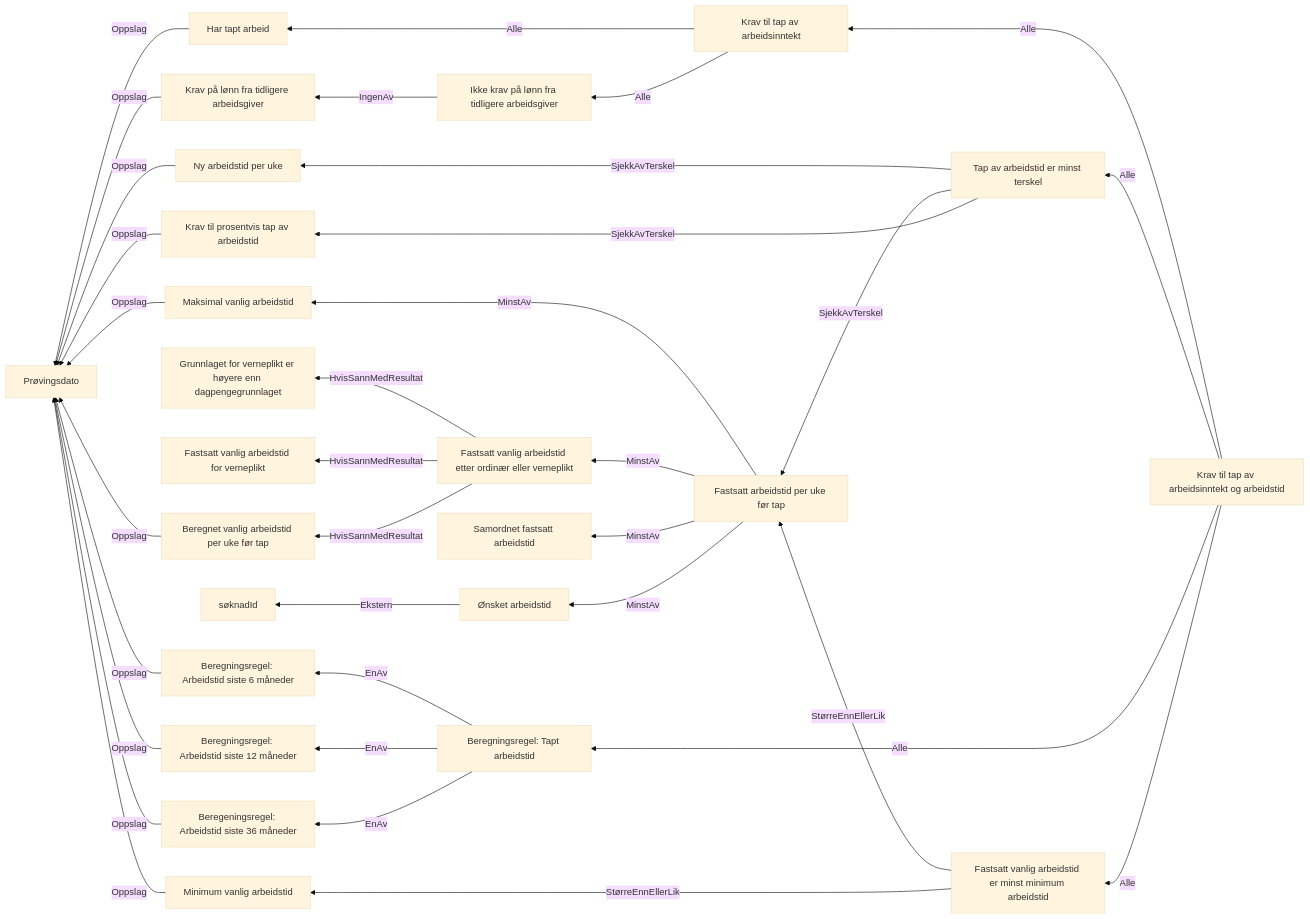
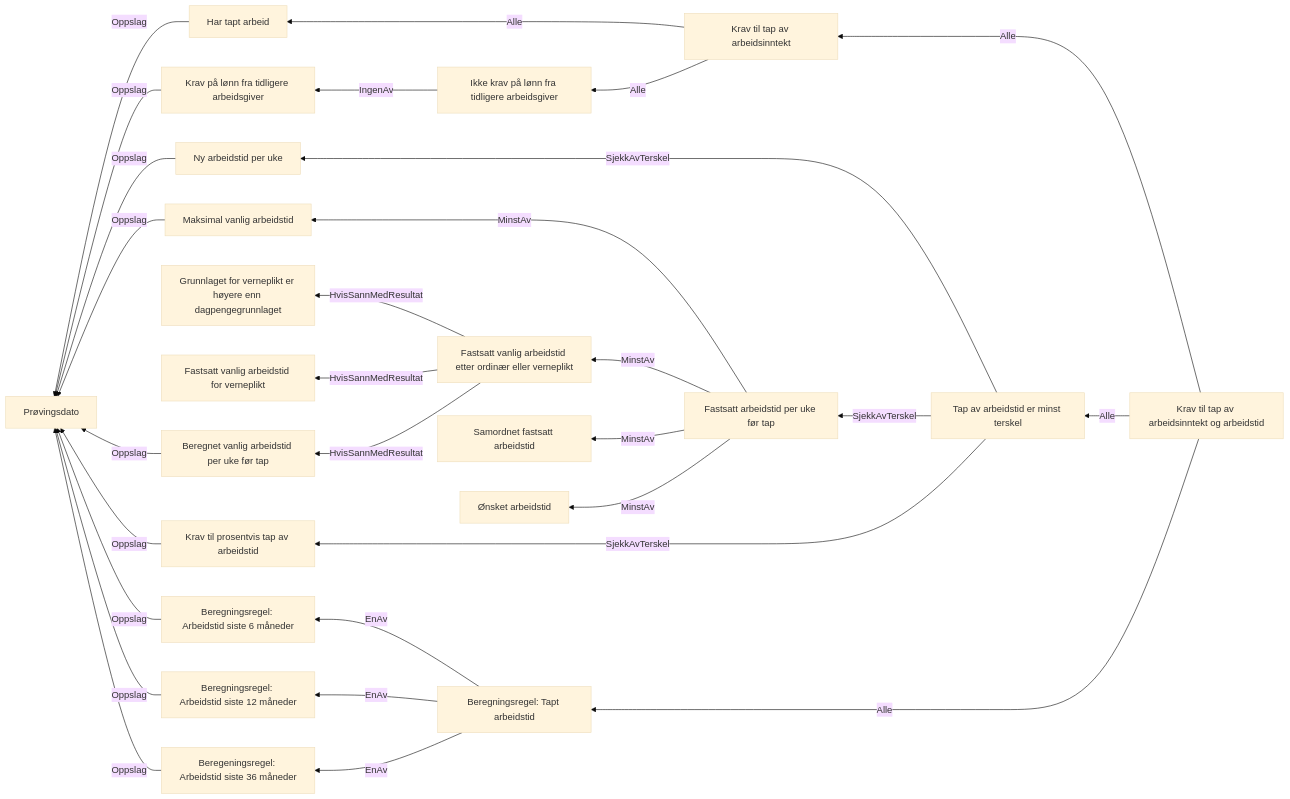
The diagram in docs/regler/§ 4-3. Tap av arbeidsinntekt og arbeidstid.approved.md (navikt/dp-vedtak), drawn with Mermaid (base theme) before and after one commit. The commit also changed 15 other files, not shown here.

Commit message:
Flytt vurdering av ønsket arbeidstid til reell arbeidssøker

````diff
--- a/docs/regler/§ 4-3. Tap av arbeidsinntekt og arbeidstid.approved.md
+++ b/docs/regler/§ 4-3. Tap av arbeidsinntekt og arbeidstid.approved.md
@@ -5,36 +5,31 @@
 ```mermaid
 graph RL
-  A["Ønsket arbeidstid"] -->|"Ekstern"| B["søknadId"]
-  C["Har tapt arbeid"] -->|"Oppslag"| D["Prøvingsdato"]
-  E["Krav på lønn fra tidligere arbeidsgiver"] -->|"Oppslag"| D["Prøvingsdato"]
-  F["Ikke krav på lønn fra tidligere arbeidsgiver"] -->|"IngenAv"| E["Krav på lønn fra tidligere arbeidsgiver"]
-  G["Krav til tap av arbeidsinntekt"] -->|"Alle"| C["Har tapt arbeid"]
-  G["Krav til tap av arbeidsinntekt"] -->|"Alle"| F["Ikke krav på lønn fra tidligere arbeidsgiver"]
-  H["Krav til prosentvis tap av arbeidstid"] -->|"Oppslag"| D["Prøvingsdato"]
-  I["Beregningsregel: Arbeidstid siste 6 måneder"] -->|"Oppslag"| D["Prøvingsdato"]
-  J["Beregningsregel: Arbeidstid siste 12 måneder"] -->|"Oppslag"| D["Prøvingsdato"]
-  K["Beregeningsregel: Arbeidstid siste 36 måneder"] -->|"Oppslag"| D["Prøvingsdato"]
-  L["Beregnet vanlig arbeidstid per uke før tap"] -->|"Oppslag"| D["Prøvingsdato"]
-  M["Fastsatt vanlig arbeidstid etter ordinær eller verneplikt"] -->|"HvisSannMedResultat"| N["Grunnlaget for verneplikt er høyere enn dagpengegrunnlaget"]
-  M["Fastsatt vanlig arbeidstid etter ordinær eller verneplikt"] -->|"HvisSannMedResultat"| O["Fastsatt vanlig arbeidstid for verneplikt"]
-  M["Fastsatt vanlig arbeidstid etter ordinær eller verneplikt"] -->|"HvisSannMedResultat"| L["Beregnet vanlig arbeidstid per uke før tap"]
-  P["Ny arbeidstid per uke"] -->|"Oppslag"| D["Prøvingsdato"]
-  Q["Maksimal vanlig arbeidstid"] -->|"Oppslag"| D["Prøvingsdato"]
-  R["Minimum vanlig arbeidstid"] -->|"Oppslag"| D["Prøvingsdato"]
-  S["Fastsatt arbeidstid per uke før tap"] -->|"MinstAv"| Q["Maksimal vanlig arbeidstid"]
-  S["Fastsatt arbeidstid per uke før tap"] -->|"MinstAv"| M["Fastsatt vanlig arbeidstid etter ordinær eller verneplikt"]
-  S["Fastsatt arbeidstid per uke før tap"] -->|"MinstAv"| T["Samordnet fastsatt arbeidstid"]
-  S["Fastsatt arbeidstid per uke før tap"] -->|"MinstAv"| A["Ønsket arbeidstid"]
-  U["Fastsatt vanlig arbeidstid er minst minimum arbeidstid"] -->|"StørreEnnEllerLik"| S["Fastsatt arbeidstid per uke før tap"]
-  U["Fastsatt vanlig arbeidstid er minst minimum arbeidstid"] -->|"StørreEnnEllerLik"| R["Minimum vanlig arbeidstid"]
-  V["Tap av arbeidstid er minst terskel"] -->|"SjekkAvTerskel"| P["Ny arbeidstid per uke"]
-  V["Tap av arbeidstid er minst terskel"] -->|"SjekkAvTerskel"| S["Fastsatt arbeidstid per uke før tap"]
-  V["Tap av arbeidstid er minst terskel"] -->|"SjekkAvTerskel"| H["Krav til prosentvis tap av arbeidstid"]
-  W["Beregningsregel: Tapt arbeidstid"] -->|"EnAv"| I["Beregningsregel: Arbeidstid siste 6 måneder"]
-  W["Beregningsregel: Tapt arbeidstid"] -->|"EnAv"| J["Beregningsregel: Arbeidstid siste 12 måneder"]
-  W["Beregningsregel: Tapt arbeidstid"] -->|"EnAv"| K["Beregeningsregel: Arbeidstid siste 36 måneder"]
-  X["Krav til tap av arbeidsinntekt og arbeidstid"] -->|"Alle"| G["Krav til tap av arbeidsinntekt"]
-  X["Krav til tap av arbeidsinntekt og arbeidstid"] -->|"Alle"| V["Tap av arbeidstid er minst terskel"]
-  X["Krav til tap av arbeidsinntekt og arbeidstid"] -->|"Alle"| W["Beregningsregel: Tapt arbeidstid"]
-  X["Krav til tap av arbeidsinntekt og arbeidstid"] -->|"Alle"| U["Fastsatt vanlig arbeidstid er minst minimum arbeidstid"]
+  A["Har tapt arbeid"] -->|"Oppslag"| B["Prøvingsdato"]
+  C["Krav på lønn fra tidligere arbeidsgiver"] -->|"Oppslag"| B["Prøvingsdato"]
+  D["Ikke krav på lønn fra tidligere arbeidsgiver"] -->|"IngenAv"| C["Krav på lønn fra tidligere arbeidsgiver"]
+  E["Krav til tap av arbeidsinntekt"] -->|"Alle"| A["Har tapt arbeid"]
+  E["Krav til tap av arbeidsinntekt"] -->|"Alle"| D["Ikke krav på lønn fra tidligere arbeidsgiver"]
+  F["Krav til prosentvis tap av arbeidstid"] -->|"Oppslag"| B["Prøvingsdato"]
+  G["Beregningsregel: Arbeidstid siste 6 måneder"] -->|"Oppslag"| B["Prøvingsdato"]
+  H["Beregningsregel: Arbeidstid siste 12 måneder"] -->|"Oppslag"| B["Prøvingsdato"]
+  I["Beregeningsregel: Arbeidstid siste 36 måneder"] -->|"Oppslag"| B["Prøvingsdato"]
+  J["Beregnet vanlig arbeidstid per uke før tap"] -->|"Oppslag"| B["Prøvingsdato"]
+  K["Fastsatt vanlig arbeidstid etter ordinær eller verneplikt"] -->|"HvisSannMedResultat"| L["Grunnlaget for verneplikt er høyere enn dagpengegrunnlaget"]
+  K["Fastsatt vanlig arbeidstid etter ordinær eller verneplikt"] -->|"HvisSannMedResultat"| M["Fastsatt vanlig arbeidstid for verneplikt"]
+  K["Fastsatt vanlig arbeidstid etter ordinær eller verneplikt"] -->|"HvisSannMedResultat"| J["Beregnet vanlig arbeidstid per uke før tap"]
+  N["Ny arbeidstid per uke"] -->|"Oppslag"| B["Prøvingsdato"]
+  O["Maksimal vanlig arbeidstid"] -->|"Oppslag"| B["Prøvingsdato"]
+  P["Fastsatt arbeidstid per uke før tap"] -->|"MinstAv"| O["Maksimal vanlig arbeidstid"]
+  P["Fastsatt arbeidstid per uke før tap"] -->|"MinstAv"| K["Fastsatt vanlig arbeidstid etter ordinær eller verneplikt"]
+  P["Fastsatt arbeidstid per uke før tap"] -->|"MinstAv"| Q["Samordnet fastsatt arbeidstid"]
+  P["Fastsatt arbeidstid per uke før tap"] -->|"MinstAv"| R["Ønsket arbeidstid"]
+  S["Tap av arbeidstid er minst terskel"] -->|"SjekkAvTerskel"| N["Ny arbeidstid per uke"]
+  S["Tap av arbeidstid er minst terskel"] -->|"SjekkAvTerskel"| P["Fastsatt arbeidstid per uke før tap"]
+  S["Tap av arbeidstid er minst terskel"] -->|"SjekkAvTerskel"| F["Krav til prosentvis tap av arbeidstid"]
+  T["Beregningsregel: Tapt arbeidstid"] -->|"EnAv"| G["Beregningsregel: Arbeidstid siste 6 måneder"]
+  T["Beregningsregel: Tapt arbeidstid"] -->|"EnAv"| H["Beregningsregel: Arbeidstid siste 12 måneder"]
+  T["Beregningsregel: Tapt arbeidstid"] -->|"EnAv"| I["Beregeningsregel: Arbeidstid siste 36 måneder"]
+  U["Krav til tap av arbeidsinntekt og arbeidstid"] -->|"Alle"| E["Krav til tap av arbeidsinntekt"]
+  U["Krav til tap av arbeidsinntekt og arbeidstid"] -->|"Alle"| S["Tap av arbeidstid er minst terskel"]
+  U["Krav til tap av arbeidsinntekt og arbeidstid"] -->|"Alle"| T["Beregningsregel: Tapt arbeidstid"]
 ```
````
